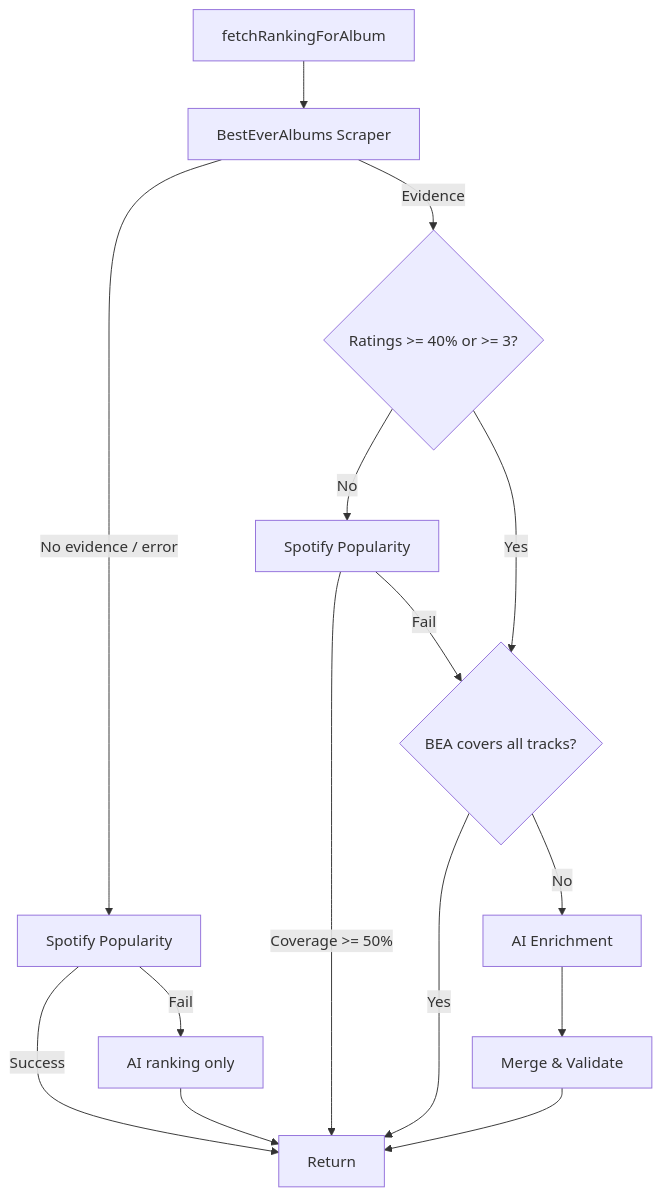
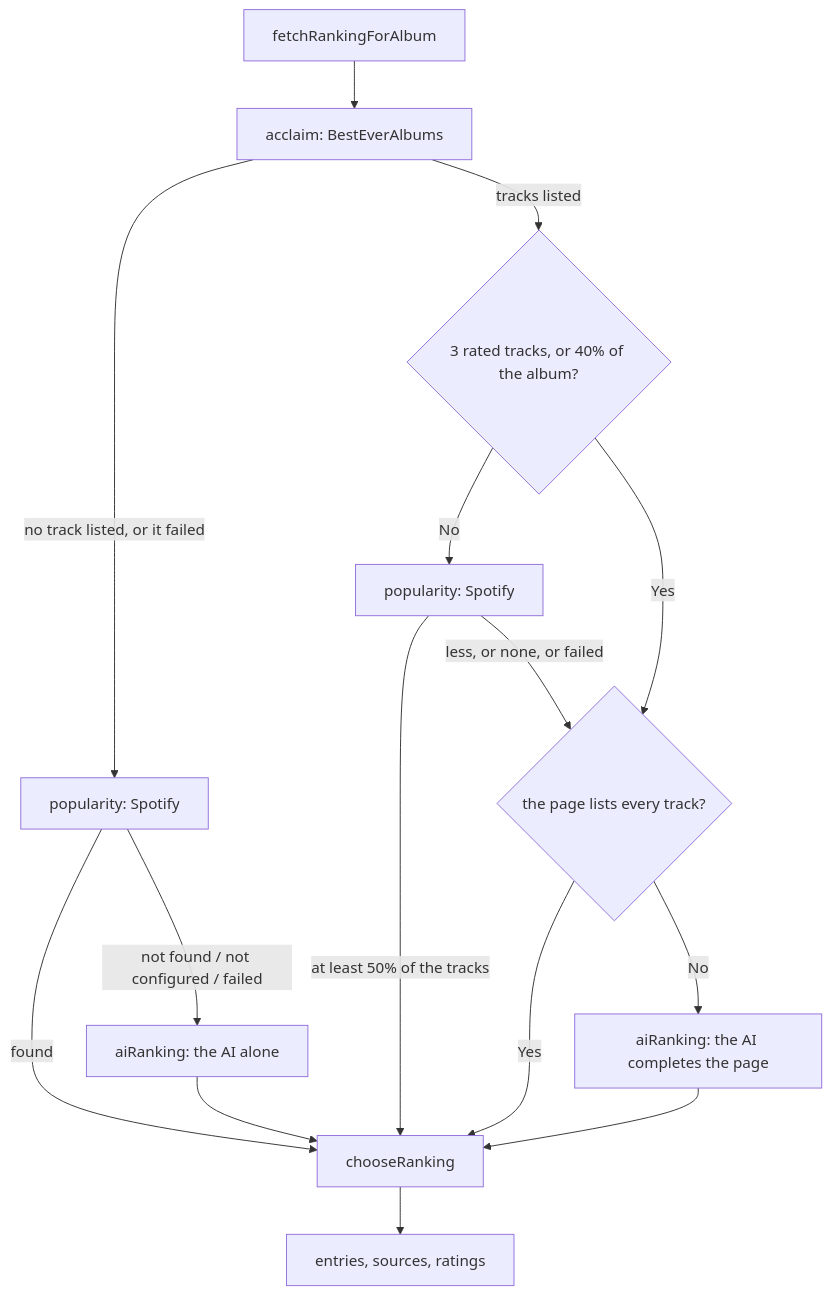
The fourth of 4 diagrams in docs/manual/02_Server_Structure.md (maujrp99/MJRP_AlbumsBalancedPlaylists_v0), drawn with Mermaid before and after one commit. The commit also changed other lines of this file and 13 other files, not shown here.

Commit message:
docs(F52): slice 5 — spec, plan and tasks; arch note; manual for the ranking pipeline and the ratings outcome

````diff
--- a/docs/manual/02_Server_Structure.md
+++ b/docs/manual/02_Server_Structure.md
@@ -221,17 +215,17 @@
 ```mermaid
 flowchart TD
-    Start[fetchRankingForAlbum] --> BEA[BestEverAlbums Scraper]
-    BEA -- No evidence / error --> Spotify2[Spotify Popularity]
-    Spotify2 -- Success --> Return[Return]
-    Spotify2 -- Fail --> AIOnly[AI ranking only]
+    Start[fetchRankingForAlbum] --> BEA[acclaim: BestEverAlbums]
+    BEA -- no track listed, or it failed --> Spotify2[popularity: Spotify]
+    Spotify2 -- found --> Return[chooseRanking]
+    Spotify2 -- not found / not configured / failed --> AIOnly[aiRanking: the AI alone]
     AIOnly --> Return
-    BEA -- Evidence --> check{Ratings >= 40% or >= 3?}
-    check -- No --> Spotify[Spotify Popularity]
-    Spotify -- Coverage >= 50% --> Return
-    Spotify -- Fail --> full
-    check -- Yes --> full{BEA covers all tracks?}
+    BEA -- tracks listed --> check{3 rated tracks, or 40% of the album?}
+    check -- No --> Spotify[popularity: Spotify]
+    Spotify -- at least 50% of the tracks --> Return
+    Spotify -- less, or none, or failed --> full
+    check -- Yes --> full{the page lists every track?}
     full -- Yes --> Return
-    full -- No --> AI[AI Enrichment]
-    AI --> Merge[Merge & Validate]
-    Merge --> Return
+    full -- No --> AI[aiRanking: the AI completes the page]
+    AI --> Return
+    Return --> Out[entries, sources, ratings]
 ```
````
